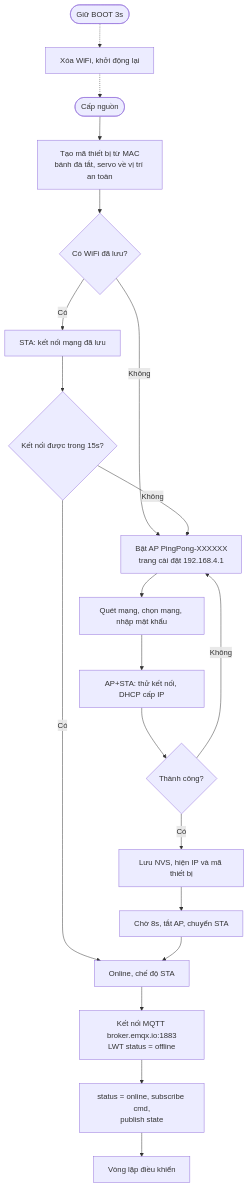
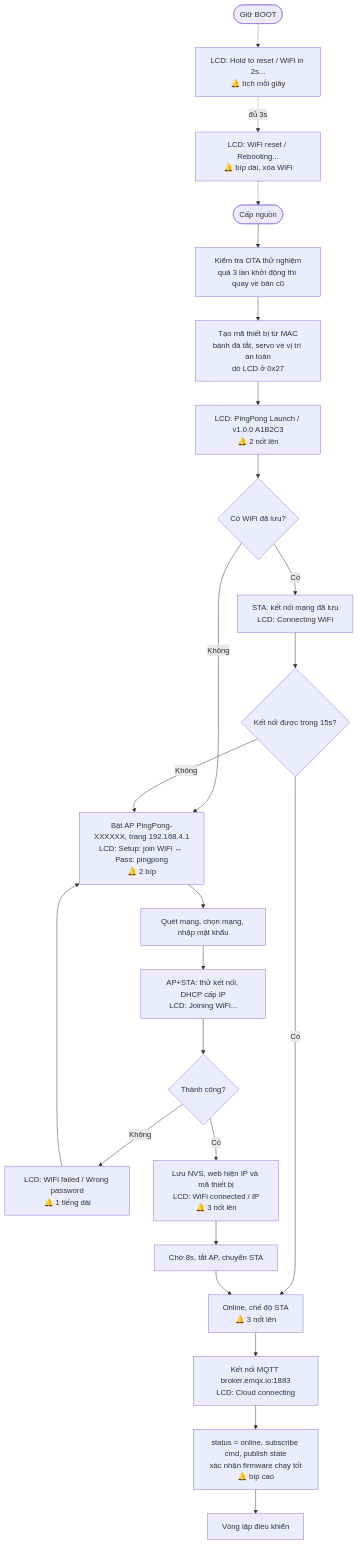
The second of 5 diagrams in docs/diagrams.md (CoderFake/PingPongLauncher), drawn with Mermaid before and after one commit. The commit also changed other lines of this file, not shown here.

First line of the commit message:
Update diagrams with LCD, buzzer feedback and OTA flow

````diff
--- a/docs/diagrams.md
+++ b/docs/diagrams.md
@@ -44,22 +47,26 @@
 ```mermaid
 flowchart TD
-  A([Cấp nguồn]) --> B["Tạo mã thiết bị từ MAC<br/>bánh đà tắt, servo về vị trí an toàn"]
-  B --> C{"Có WiFi đã lưu?"}
-  C -- Không --> P["Bật AP PingPong-XXXXXX<br/>trang cài đặt 192.168.4.1"]
-  C -- Có --> D["STA: kết nối mạng đã lưu"]
+  A([Cấp nguồn]) --> G["Kiểm tra OTA thử nghiệm<br/>quá 3 lần khởi động thì quay về bản cũ"]
+  G --> B["Tạo mã thiết bị từ MAC<br/>bánh đà tắt, servo về vị trí an toàn<br/>dò LCD ở 0x27"]
+  B --> SPL["LCD: PingPong Launch / v1.0.0 A1B2C3<br/>🔔 2 nốt lên"]
+  SPL --> C{"Có WiFi đã lưu?"}
+  C -- Không --> P["Bật AP PingPong-XXXXXX, trang 192.168.4.1<br/>LCD: Setup: join WiFi ↔ Pass: pingpong<br/>🔔 2 bíp"]
+  C -- Có --> D["STA: kết nối mạng đã lưu<br/>LCD: Connecting WiFi"]
   D --> E{"Kết nối được trong 15s?"}
-  E -- Có --> ON["Online, chế độ STA"]
+  E -- Có --> ON["Online, chế độ STA<br/>🔔 3 nốt lên"]
   E -- Không --> P
   P --> Q["Quét mạng, chọn mạng, nhập mật khẩu"]
-  Q --> R["AP+STA: thử kết nối, DHCP cấp IP"]
+  Q --> R["AP+STA: thử kết nối, DHCP cấp IP<br/>LCD: Joining WiFi..."]
   R --> S{"Thành công?"}
-  S -- Không --> P
-  S -- Có --> T["Lưu NVS, hiện IP và mã thiết bị"]
+  S -- Không --> F["LCD: WiFi failed / Wrong password<br/>🔔 1 tiếng dài"]
+  F --> P
+  S -- Có --> T["Lưu NVS, web hiện IP và mã thiết bị<br/>LCD: WiFi connected / IP<br/>🔔 3 nốt lên"]
   T --> U["Chờ 8s, tắt AP, chuyển STA"]
   U --> ON
-  ON --> M["Kết nối MQTT broker.emqx.io:1883<br/>LWT status = offline"]
-  M --> N["status = online, subscribe cmd,<br/>publish state"]
+  ON --> M["Kết nối MQTT broker.emqx.io:1883<br/>LCD: Cloud connecting"]
+  M --> N["status = online, subscribe cmd, publish state<br/>xác nhận firmware chạy tốt<br/>🔔 bíp cao"]
   N --> L["Vòng lặp điều khiển"]
-  BTN(["Giữ BOOT 3s"]) -.-> X["Xóa WiFi, khởi động lại"]
+  BTN(["Giữ BOOT"]) -.-> H["LCD: Hold to reset / WiFi in 2s...<br/>🔔 tích mỗi giây"]
+  H -.->|"đủ 3s"| X["LCD: WiFi reset / Rebooting...<br/>🔔 bíp dài, xóa WiFi"]
   X -.-> A
 ```
````
